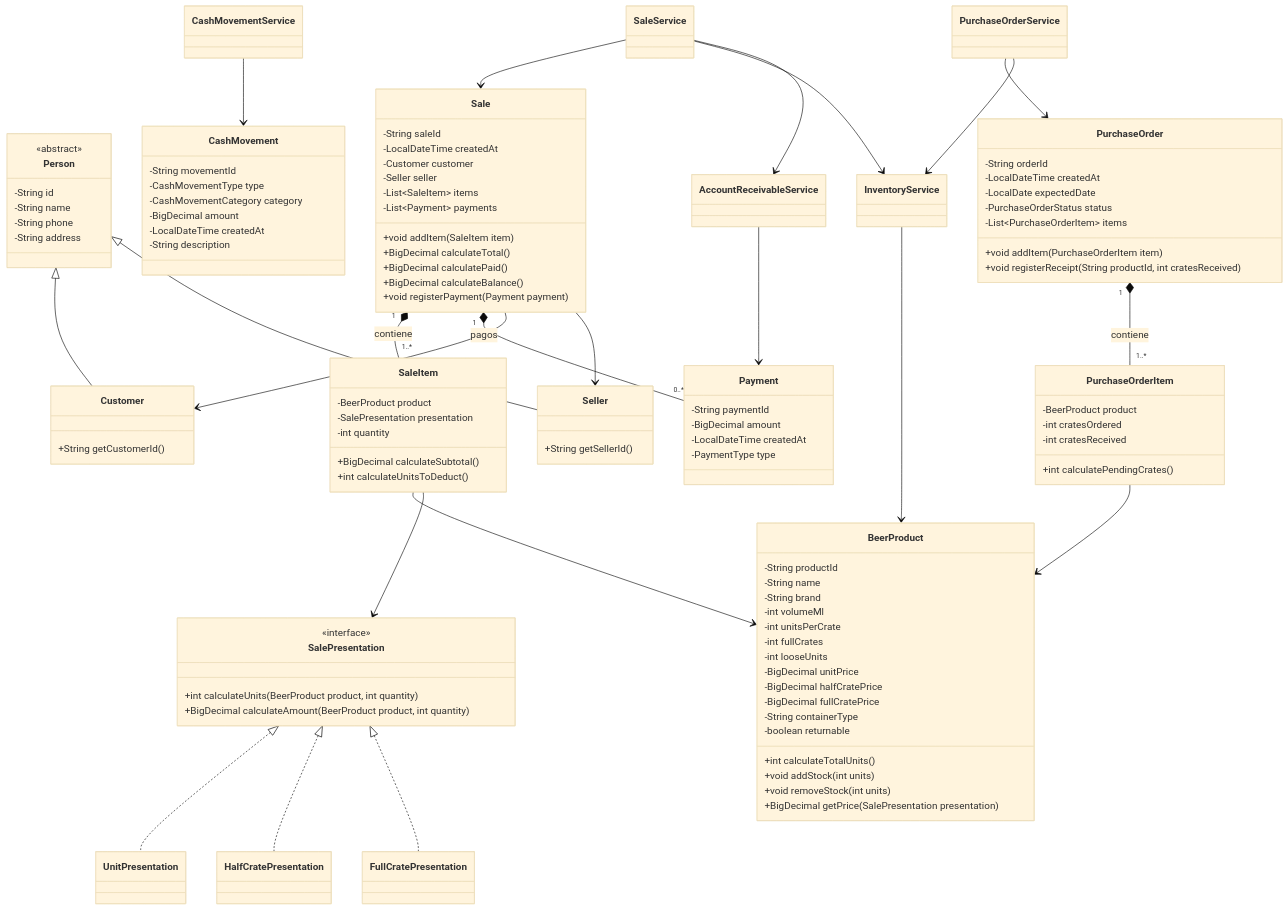
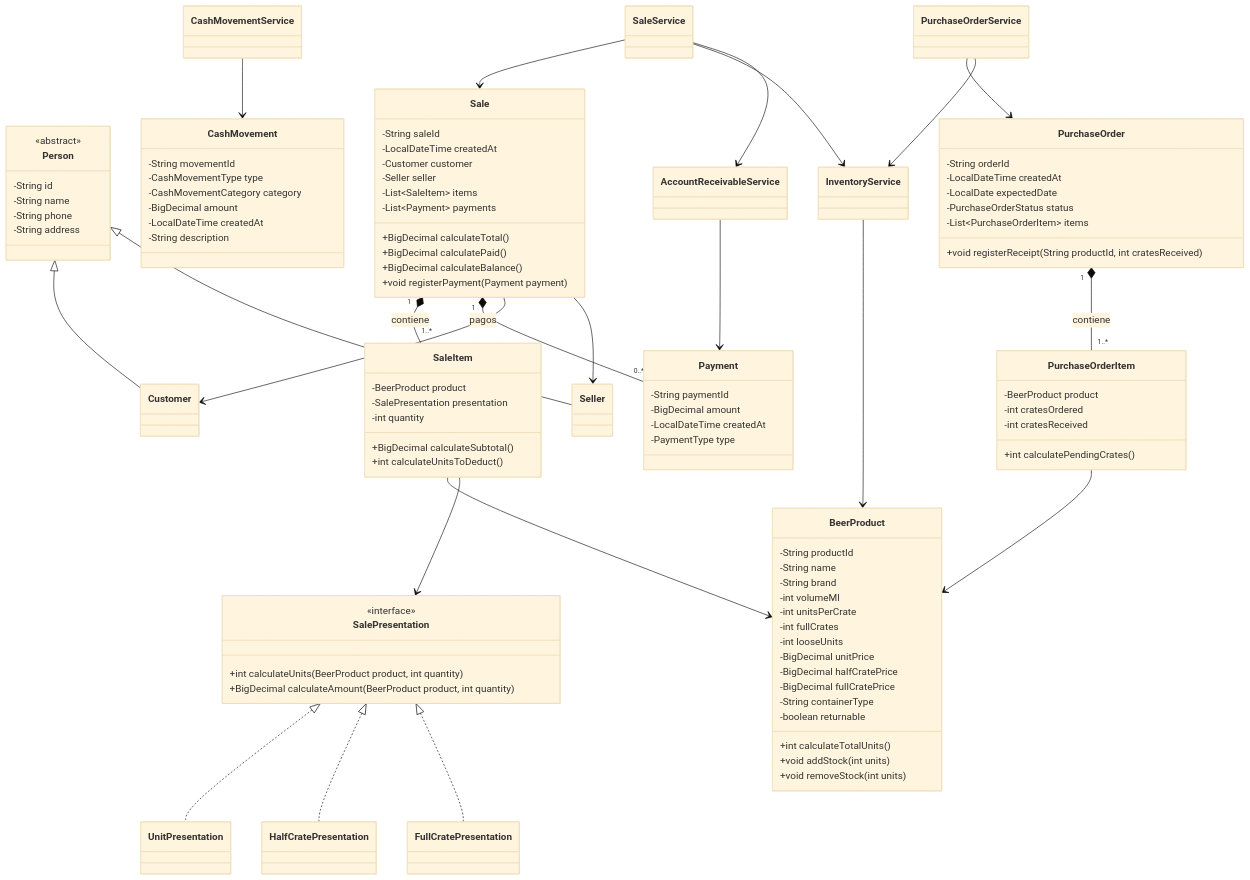
The diagram in docs/fase-2/diagrama-clases-inicial.md (carloscamelo2008-lang/la-exclusiva-p3), drawn with Mermaid (base theme) before and after one commit. The commit also changed other lines of this file and 10 other files, not shown here.

```diff
--- a/docs/fase-2/diagrama-clases-inicial.md
+++ b/docs/fase-2/diagrama-clases-inicial.md
@@ -11,15 +11,8 @@
         -String phone
         -String address
     }
-
-    class Customer {
-        +String getCustomerId()
-    }
-
-    class Seller {
-        +String getSellerId()
-    }
-
+    class Customer
+    class Seller
     Person <|-- Customer
     Person <|-- Seller
 
@@ -39,7 +32,6 @@
         +int calculateTotalUnits()
         +void addStock(int units)
         +void removeStock(int units)
-        +BigDecimal getPrice(SalePresentation presentation)
     }
 
     class SalePresentation {
@@ -47,11 +39,9 @@
         +int calculateUnits(BeerProduct product, int quantity)
         +BigDecimal calculateAmount(BeerProduct product, int quantity)
     }
-
     class UnitPresentation
     class HalfCratePresentation
     class FullCratePresentation
-
     SalePresentation <|.. UnitPresentation
     SalePresentation <|.. HalfCratePresentation
     SalePresentation <|.. FullCratePresentation
@@ -63,13 +53,11 @@
         -Seller seller
         -List~SaleItem~ items
         -List~Payment~ payments
-        +void addItem(SaleItem item)
         +BigDecimal calculateTotal()
         +BigDecimal calculatePaid()
         +BigDecimal calculateBalance()
         +void registerPayment(Payment payment)
     }
-
     class SaleItem {
         -BeerProduct product
         -SalePresentation presentation
@@ -77,14 +65,12 @@
         +BigDecimal calculateSubtotal()
         +int calculateUnitsToDeduct()
     }
-
     class Payment {
         -String paymentId
         -BigDecimal amount
         -LocalDateTime createdAt
         -PaymentType type
     }
-
     Sale "1" *-- "1..*" SaleItem : contiene
     Sale "1" *-- "0..*" Payment : pagos
     SaleItem --> BeerProduct
@@ -98,17 +84,14 @@
         -LocalDate expectedDate
         -PurchaseOrderStatus status
         -List~PurchaseOrderItem~ items
-        +void addItem(PurchaseOrderItem item)
         +void registerReceipt(String productId, int cratesReceived)
     }
-
     class PurchaseOrderItem {
         -BeerProduct product
         -int cratesOrdered
         -int cratesReceived
         +int calculatePendingCrates()
     }
-
     PurchaseOrder "1" *-- "1..*" PurchaseOrderItem : contiene
     PurchaseOrderItem --> BeerProduct
 
@@ -126,7 +109,6 @@
     class AccountReceivableService
     class PurchaseOrderService
     class CashMovementService
-
     SaleService --> Sale
     SaleService --> InventoryService
     SaleService --> AccountReceivableService
```
